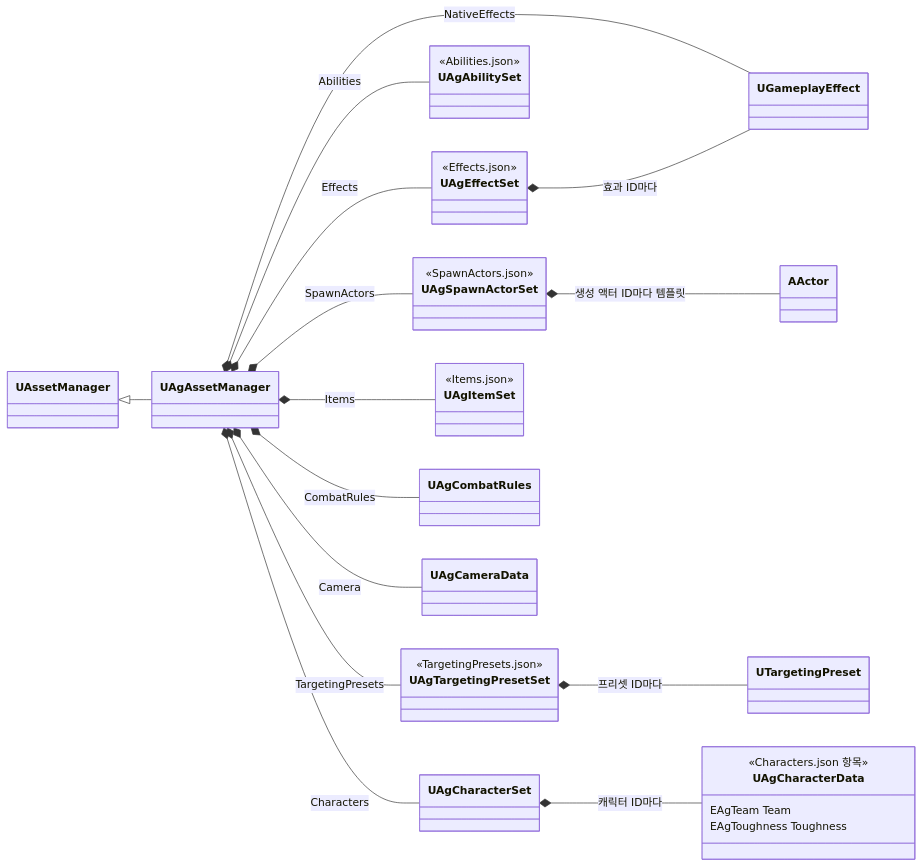
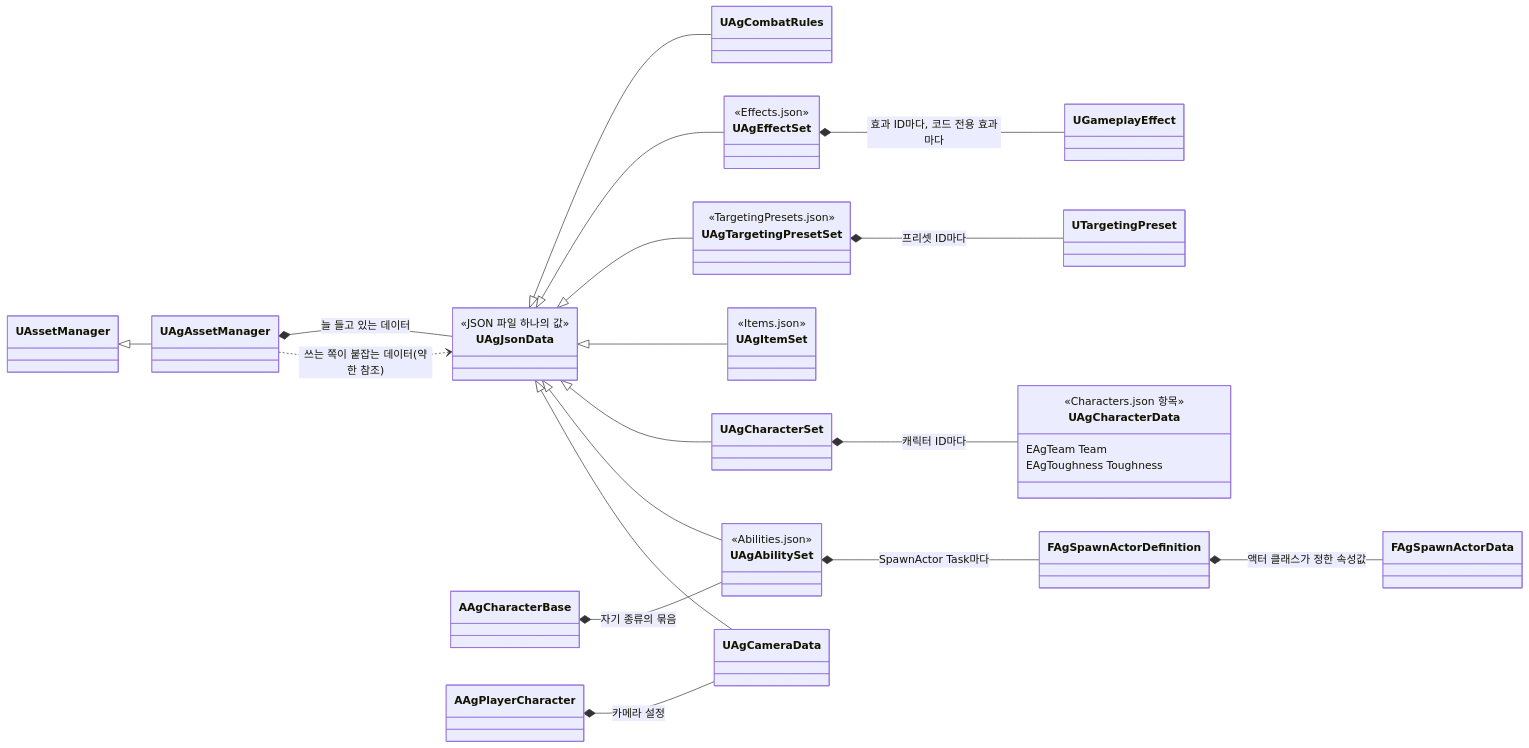
Before and after one commit to Woogl/Ag: the second of 2 diagrams in Docs/Architecture/데이터 로딩과 스키마.md, drawn with Mermaid. The commit also changed other lines of this file and 6 other files, not shown here.

````diff
--- a/Docs/Architecture/데이터 로딩과 스키마.md
+++ b/Docs/Architecture/데이터 로딩과 스키마.md
@@ -264,38 +265,41 @@
 ```mermaid
 classDiagram
     direction LR
     class UAgEffectSet {
         <<Effects.json>>
     }
     class UAgAbilitySet {
         <<Abilities.json>>
     }
-    class UAgSpawnActorSet {
-        <<SpawnActors.json>>
+    class UAgJsonData {
+        <<JSON 파일 하나의 값>>
     }
     class UAgTargetingPresetSet {
         <<TargetingPresets.json>>
     }
     class UAgItemSet {
         <<Items.json>>
     }
     class UAgCharacterData {
         <<Characters.json 항목>>
         EAgTeam Team
         EAgToughness Toughness
     }
     UAssetManager <|-- UAgAssetManager
-    UAgAssetManager *-- UAgCombatRules : CombatRules
-    UAgAssetManager *-- UAgCameraData : Camera
-    UAgAssetManager *-- UAgEffectSet : Effects
-    UAgAssetManager *-- UGameplayEffect : NativeEffects
-    UAgAssetManager *-- UAgSpawnActorSet : SpawnActors
-    UAgSpawnActorSet *-- AActor : 생성 액터 ID마다 템플릿
-    UAgAssetManager *-- UAgTargetingPresetSet : TargetingPresets
-    UAgAssetManager *-- UAgItemSet : Items
-    UAgAssetManager *-- UAgAbilitySet : Abilities
-    UAgAssetManager *-- UAgCharacterSet : Characters
+    UAgAssetManager *-- UAgJsonData : 늘 들고 있는 데이터
+    UAgAssetManager ..> UAgJsonData : 쓰는 쪽이 붙잡는 데이터(약한 참조)
+    UAgJsonData <|-- UAgCombatRules
+    UAgJsonData <|-- UAgEffectSet
+    UAgJsonData <|-- UAgTargetingPresetSet
+    UAgJsonData <|-- UAgItemSet
+    UAgJsonData <|-- UAgCharacterSet
+    UAgJsonData <|-- UAgAbilitySet
+    UAgJsonData <|-- UAgCameraData
+    AAgCharacterBase *-- UAgAbilitySet : 자기 종류의 묶음
+    AAgPlayerCharacter *-- UAgCameraData : 카메라 설정
+    UAgAbilitySet *-- FAgSpawnActorDefinition : SpawnActor Task마다
+    FAgSpawnActorDefinition *-- FAgSpawnActorData : 액터 클래스가 정한 속성값
     UAgCharacterSet *-- UAgCharacterData : 캐릭터 ID마다
-    UAgEffectSet *-- UGameplayEffect : 효과 ID마다
+    UAgEffectSet *-- UGameplayEffect : 효과 ID마다, 코드 전용 효과마다
     UAgTargetingPresetSet *-- UTargetingPreset : 프리셋 ID마다
 ```
````
